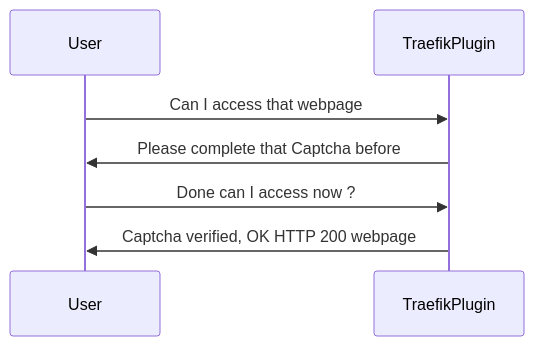
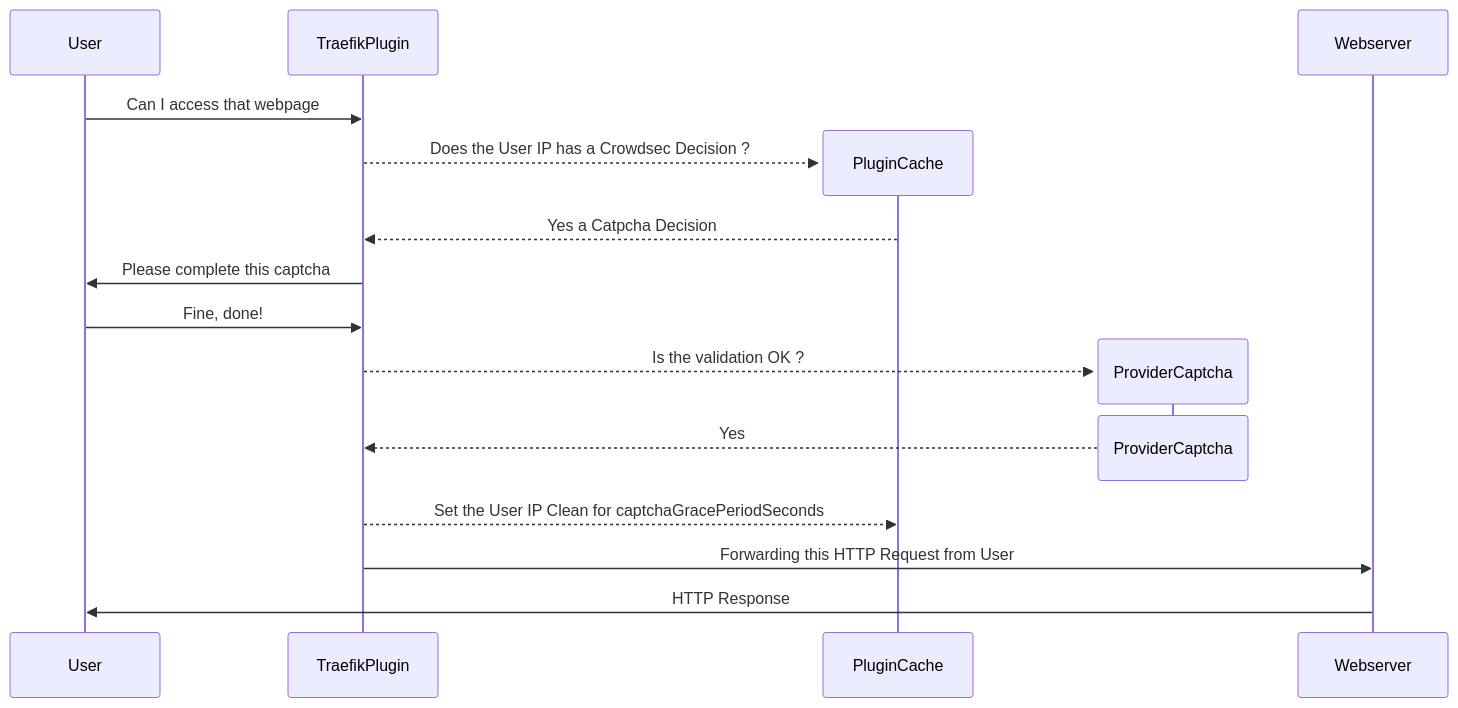
The second of 3 diagrams in examples/captcha/README.md (maxlerebourg/crowdsec-bouncer-traefik-plugin), drawn with Mermaid before and after one commit. The commit also changed other lines of this file, not shown here.

Commit message:
📝 rework all diagrams

````diff
--- a/examples/captcha/README.md
+++ b/examples/captcha/README.md
@@ -111,9 +112,18 @@
 ```mermaid
 sequenceDiagram
     participant User
     participant TraefikPlugin
     User->>TraefikPlugin: Can I access that webpage
-    TraefikPlugin->>User: Please complete that Captcha before
-    User->>TraefikPlugin: Done can I access now ?
-    TraefikPlugin->>User: Captcha verified, OK HTTP 200 webpage
+    create participant PluginCache
+    TraefikPlugin-->>PluginCache: Does the User IP has a Crowdsec Decision ?
+    PluginCache-->>TraefikPlugin: Yes a Catpcha Decision
+    TraefikPlugin->>User: Please complete this captcha
+    User->>TraefikPlugin: Fine, done!
+    create participant ProviderCaptcha
+    TraefikPlugin-->>ProviderCaptcha: Is the validation OK ?
+    Destroy ProviderCaptcha    
+    ProviderCaptcha-->>TraefikPlugin: Yes
+    TraefikPlugin-->>PluginCache: Set the User IP Clean for captchaGracePeriodSeconds
+    TraefikPlugin->>Webserver: Forwarding this HTTP Request from User
+    Webserver->>User: HTTP Response
 ```
````
